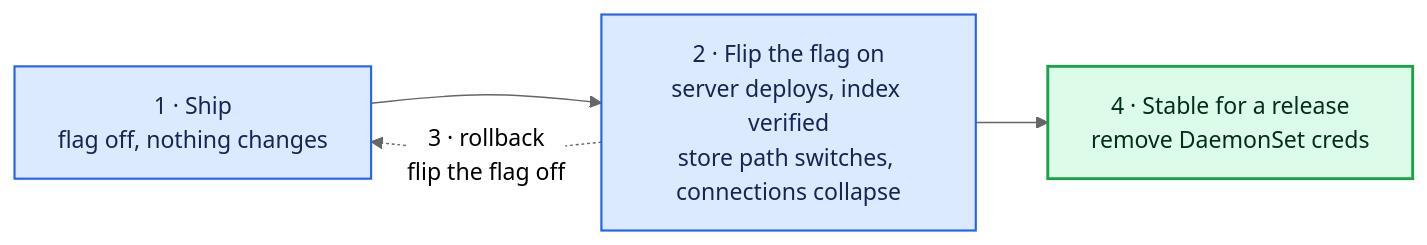
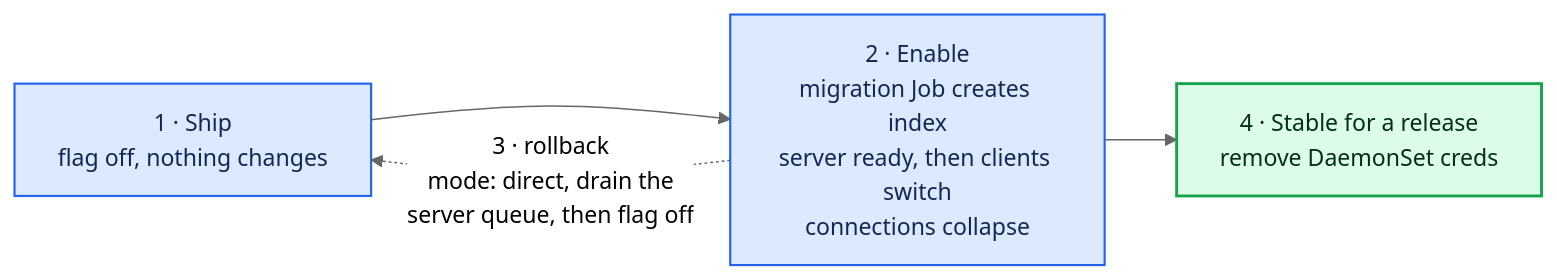
One commit to KaivalyaMDabhadkar/NVSentinel changed the seventh of 9 diagrams in docs/designs/050-datastore-api-server.md. Above: the diagram before and after it, drawn with Mermaid (neutral theme). The commit also changed other lines of this file and 1 other file, not shown here.

````diff
--- a/docs/designs/050-datastore-api-server.md
+++ b/docs/designs/050-datastore-api-server.md
@@ -592,14 +1219,14 @@
 ```mermaid
 flowchart LR
     P1["1 · Ship<br/>flag off, nothing changes"]
-    P2["2 · Flip the flag on<br/>server deploys, index verified<br/>store path switches, connections collapse"]
+    P2["2 · Enable<br/>migration Job creates index<br/>server ready, then clients switch<br/>connections collapse"]
     P4["4 · Stable for a release<br/>remove DaemonSet creds"]
 
     P1 --> P2 --> P4
-    P2 -. "3 · rollback<br/>flip the flag off" .-> P1
+    P2 -. "3 · rollback<br/>mode: direct, drain the<br/>server queue, then flag off" .-> P1
 
     classDef phase fill:#DBEAFE,stroke:#2563EB,color:#172554,stroke-width:1.5px
     classDef result fill:#DCFCE7,stroke:#16A34A,color:#052E16,stroke-width:2px
     class P1,P2 phase
     class P4 result
 ```
````
